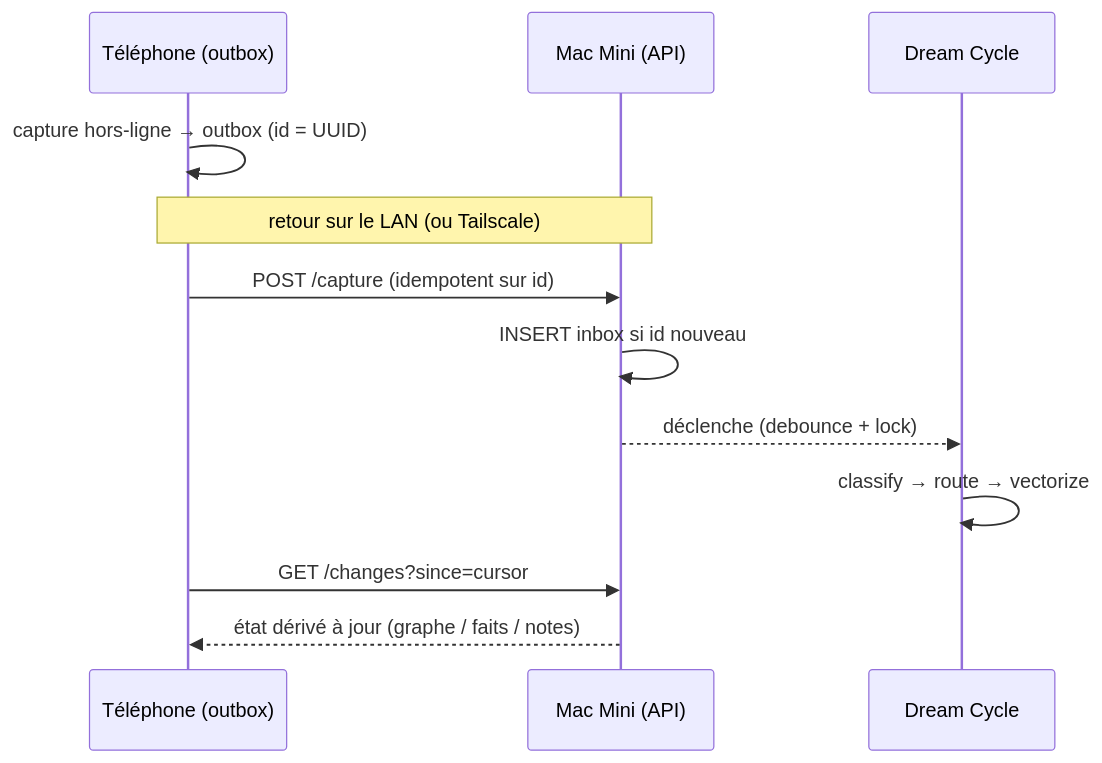
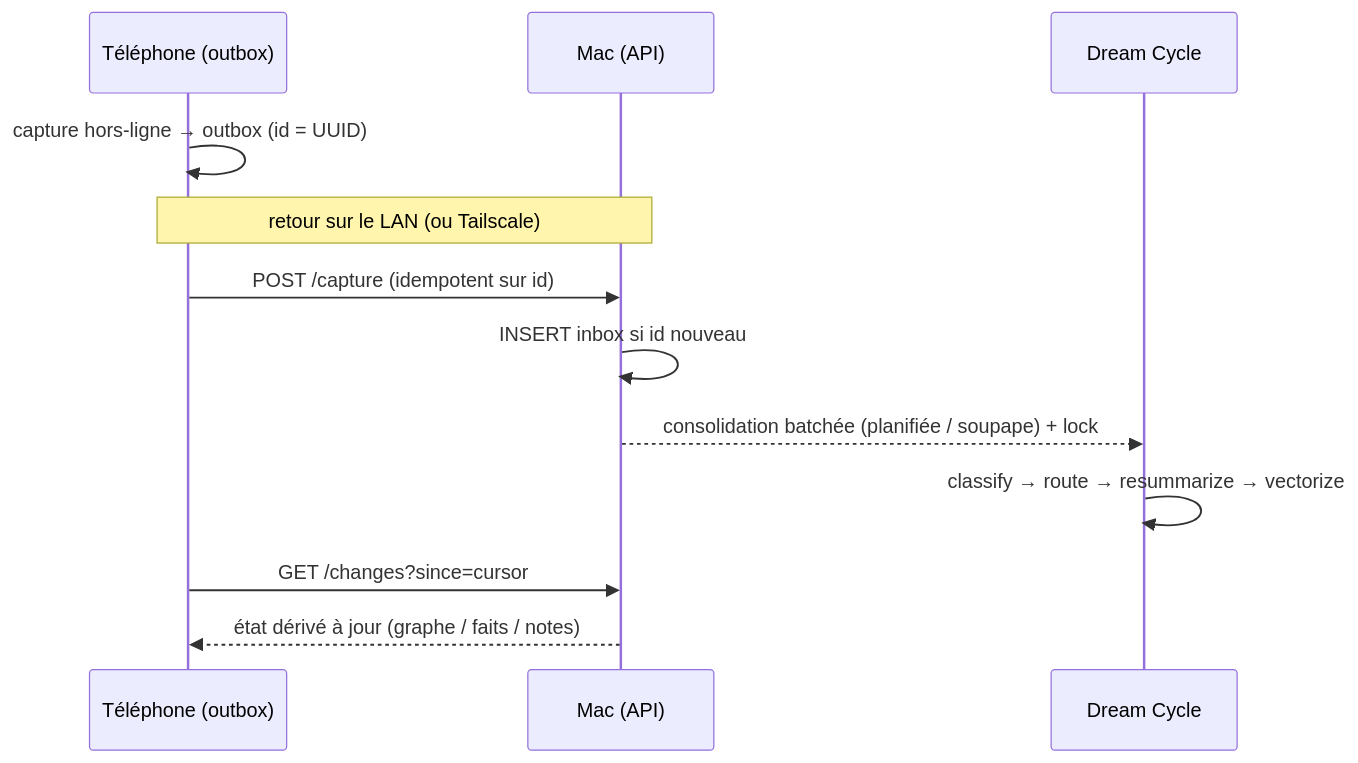
The fifth of 5 diagrams in docs/ARCHITECTURE.md (alexisraitano-myffu/synapse), drawn with Mermaid before and after one commit. The commit also changed other lines of this file and 4 other files, not shown here.

First line of the commit message:
docs: bring the public docs up to date (README, ARCHITECTURE, engine map)

````diff
--- a/docs/ARCHITECTURE.md
+++ b/docs/ARCHITECTURE.md
@@ -234,14 +289,14 @@
 ```mermaid
 sequenceDiagram
     participant P as Téléphone (outbox)
-    participant M as Mac Mini (API)
+    participant M as Mac (API)
     participant C as Dream Cycle
     P->>P: capture hors-ligne → outbox (id = UUID)
     Note over P,M: retour sur le LAN (ou Tailscale)
     P->>M: POST /capture (idempotent sur id)
     M->>M: INSERT inbox si id nouveau
-    M-->>C: déclenche (debounce + lock)
-    C->>C: classify → route → vectorize
+    M-->>C: consolidation batchée (planifiée / soupape) + lock
+    C->>C: classify → route → resummarize → vectorize
     P->>M: GET /changes?since=cursor
     M-->>P: état dérivé à jour (graphe / faits / notes)
 ```
````
